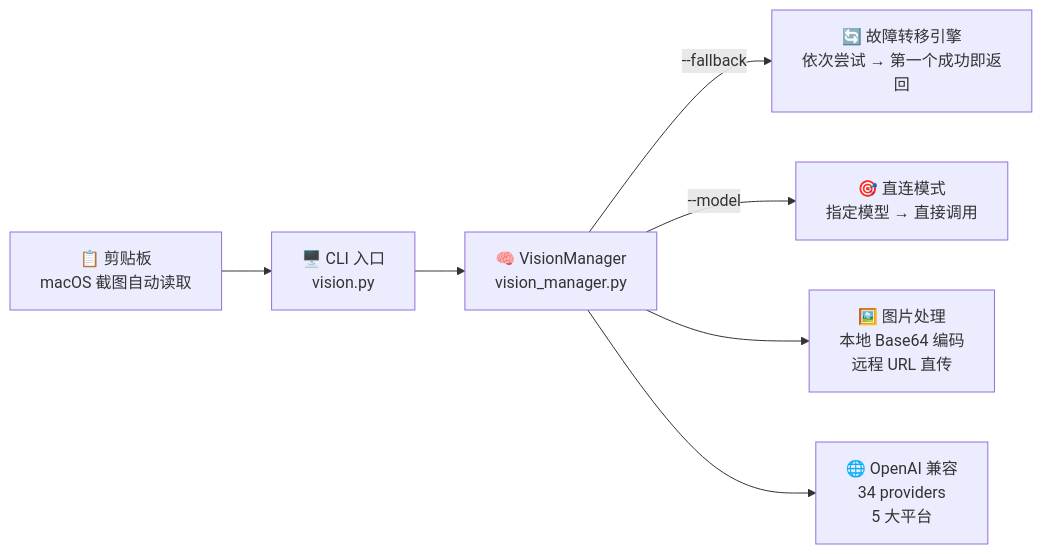
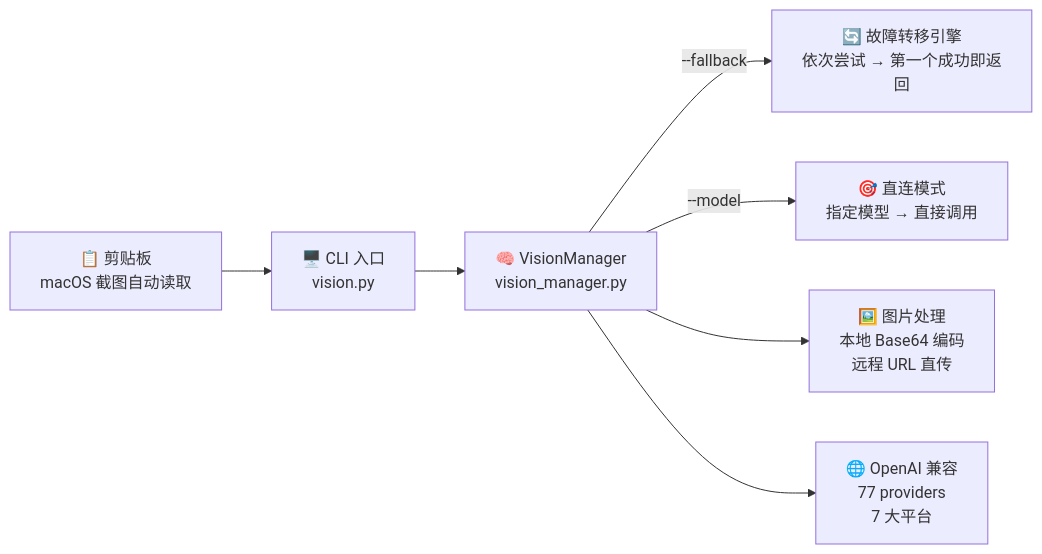
One commit to piaomiaoguying/image-analysis changed the diagram in README.md. Above: the diagram before and after it, drawn with Mermaid. The commit also changed other lines of this file and 2 other files, not shown here.

````diff
--- a/README.md
+++ b/README.md
@@ -184,9 +184,9 @@
 ```mermaid
 graph LR
     CLIPBOARD["📋 剪贴板<br/>macOS 截图自动读取"] --> CLI["🖥️ CLI 入口<br/>vision.py"]
     CLI --> VM["🧠 VisionManager<br/>vision_manager.py"]
     VM --> |"--fallback"| FALLBACK["🔄 故障转移引擎<br/>依次尝试 → 第一个成功即返回"]
     VM --> |"--model"| DIRECT["🎯 直连模式<br/>指定模型 → 直接调用"]
     VM --> IMG["🖼️ 图片处理<br/>本地 Base64 编码<br/>远程 URL 直传"]
-    VM --> API["🌐 OpenAI 兼容<br/>34 providers<br/>5 大平台"]
+    VM --> API["🌐 OpenAI 兼容<br/>77 providers<br/>7 大平台"]
 ```
````
